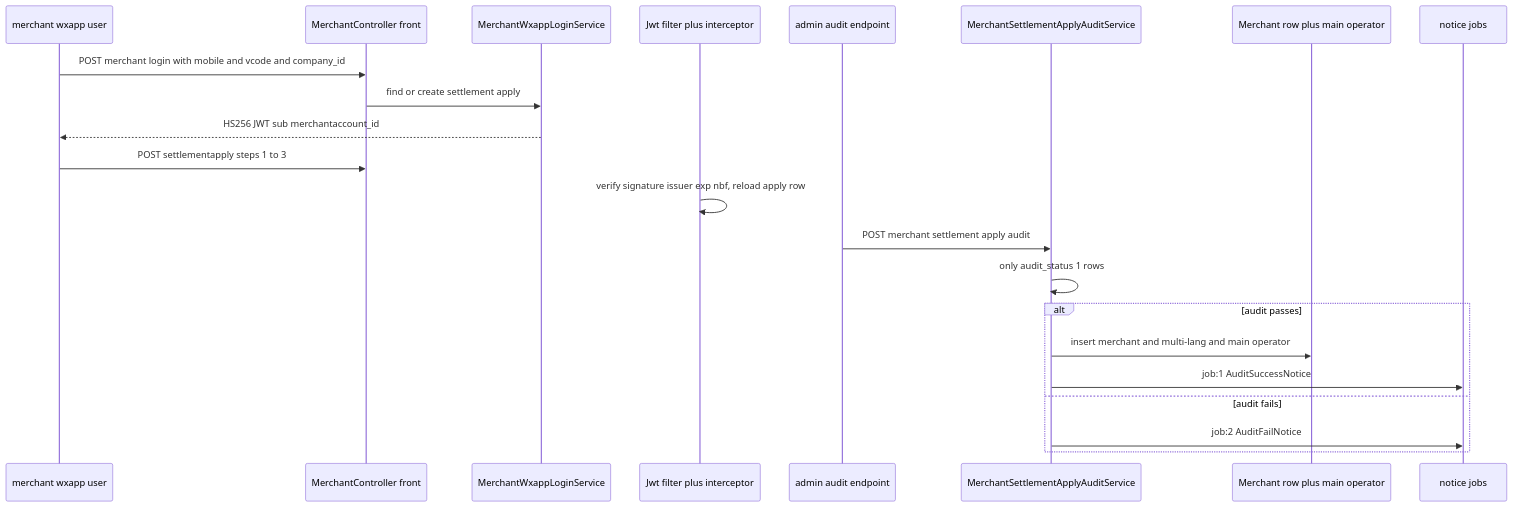
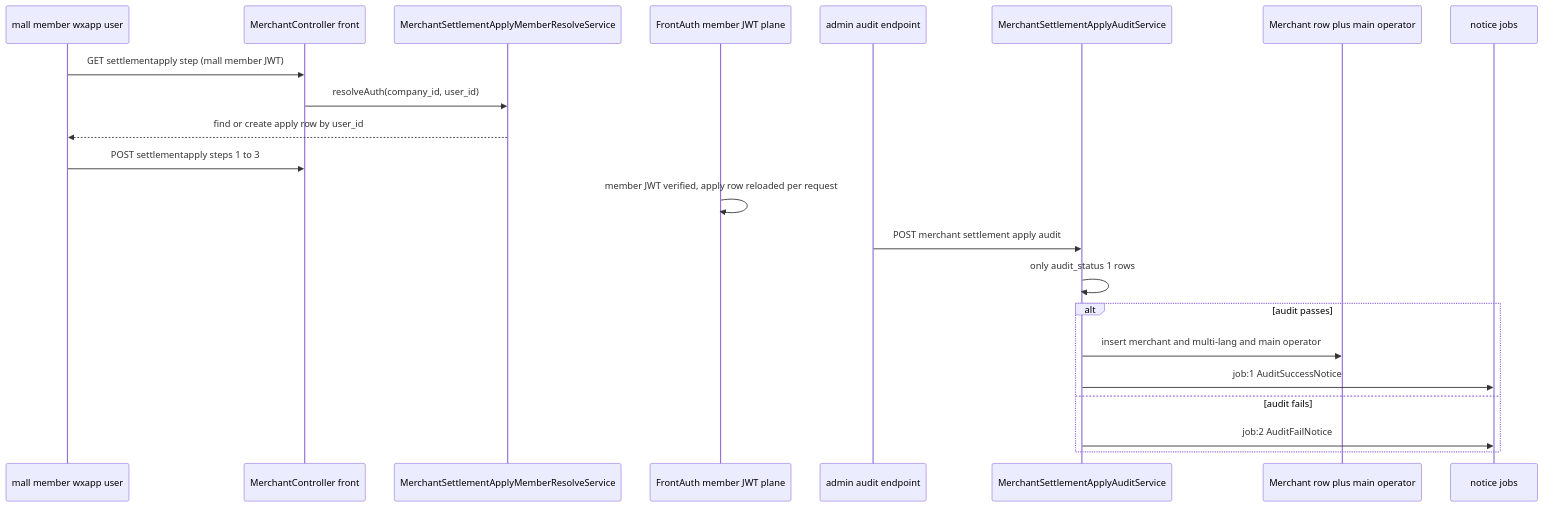
Before and after one commit to ShopeX/ECShopX-Java: the third of 4 diagrams in openwiki/domains/stores-and-merchants.md, drawn with Mermaid. The commit also changed other lines of this file and 78 other files, not shown here.

Commit message:
release: 5.5.1 — menus, wxapp promo/distributor, operator cart cleanup, shuyun member ready, employee email/import limits, config mask, shop list & registration fixes, bump revision

````diff
--- a/openwiki/domains/stores-and-merchants.md
+++ b/openwiki/domains/stores-and-merchants.md
@@ -386,25 +458,25 @@
 ```mermaid
 sequenceDiagram
-    participant M as merchant wxapp user
+    participant M as mall member wxapp user
     participant MC as MerchantController front
-    participant L as MerchantWxappLoginService
-    participant F as Jwt filter plus interceptor
+    participant R as MerchantSettlementApplyMemberResolveService
+    participant F as FrontAuth member JWT plane
     participant A as admin audit endpoint
     participant AS as MerchantSettlementApplyAuditService
     participant MO as Merchant row plus main operator
     participant J as notice jobs
 
-    M->>MC: POST merchant login with mobile and vcode and company_id
-    MC->>L: find or create settlement apply
-    L-->>M: HS256 JWT sub merchantaccount_id
+    M->>MC: GET settlementapply step (mall member JWT)
+    MC->>R: resolveAuth(company_id, user_id)
+    R-->>M: find or create apply row by user_id
     M->>MC: POST settlementapply steps 1 to 3
-    F->>F: verify signature issuer exp nbf, reload apply row
+    F->>F: member JWT verified, apply row reloaded per request
     A->>AS: POST merchant settlement apply audit
     AS->>AS: only audit_status 1 rows
     alt audit passes
         AS->>MO: insert merchant and multi-lang and main operator
         AS->>J: job:1 AuditSuccessNotice
     else audit fails
         AS->>J: job:2 AuditFailNotice
     end
 ```
````
